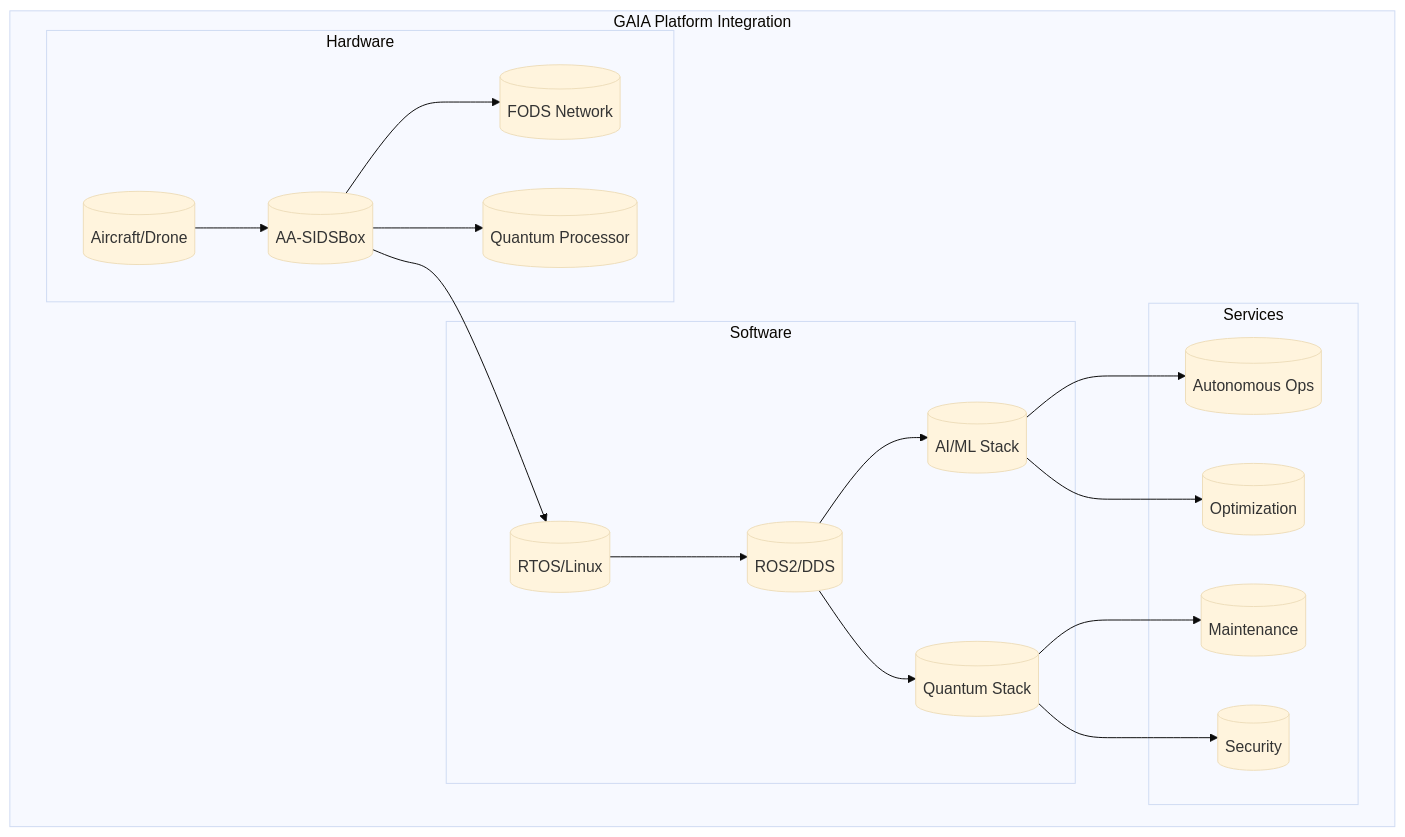
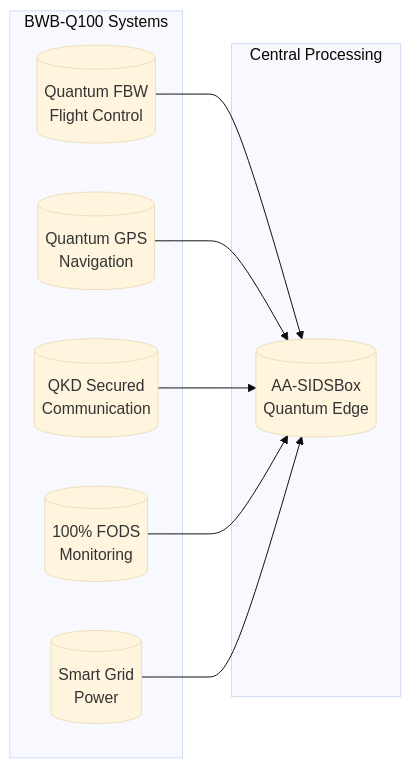
Before and after one commit to Robbbo-T/Robbbo-T: the third of 6 diagrams in README.md, drawn with Mermaid (base theme). The commit also changed other lines of this file, not shown here.

````diff
--- a/README.md
+++ b/README.md
@@ -448,39 +249,20 @@
 ```mermaid
-graph TB
-    subgraph "GAIA Platform Integration"
-        subgraph "Hardware"
-            AIRCRAFT[("Aircraft/Drone")]
-            SIDBOX[("AA-SIDSBox")]
-            FODS[("FODS Network")]
-            QPU[("Quantum Processor")]
-        end
-        
-        subgraph "Software"
-            OS[("RTOS/Linux")]
-            MIDDLE[("ROS2/DDS")]
-            AI_STACK[("AI/ML Stack")]
-            Q_STACK[("Quantum Stack")]
-        end
-        
-        subgraph "Services"
-            AUTO[("Autonomous Ops")]
-            MAINT[("Maintenance")]
-            OPT[("Optimization")]
-            SECURE[("Security")]
-        end
+graph LR
+    subgraph "BWB-Q100 Systems"
+        FCS[("Quantum FBW<br/>Flight Control")]
+        NAV[("Quantum GPS<br/>Navigation")]
+        COMM[("QKD Secured<br/>Communication")]
+        MON[("100% FODS<br/>Monitoring")]
+        PWR[("Smart Grid<br/>Power")]
     end
     
-    AIRCRAFT --> SIDBOX
-    SIDBOX --> FODS
-    SIDBOX --> QPU
+    subgraph "Central Processing"
+        SIDBOX[("AA-SIDSBox<br/>Quantum Edge")]
+    end
     
-    SIDBOX --> OS
-    OS --> MIDDLE
-    MIDDLE --> AI_STACK
-    MIDDLE --> Q_STACK
-    
-    AI_STACK --> AUTO
-    Q_STACK --> MAINT
-    AI_STACK --> OPT
-    Q_STACK --> SECURE
+    FCS --> SIDBOX
+    NAV --> SIDBOX
+    COMM --> SIDBOX
+    MON --> SIDBOX
+    PWR --> SIDBOX
 ```
````
